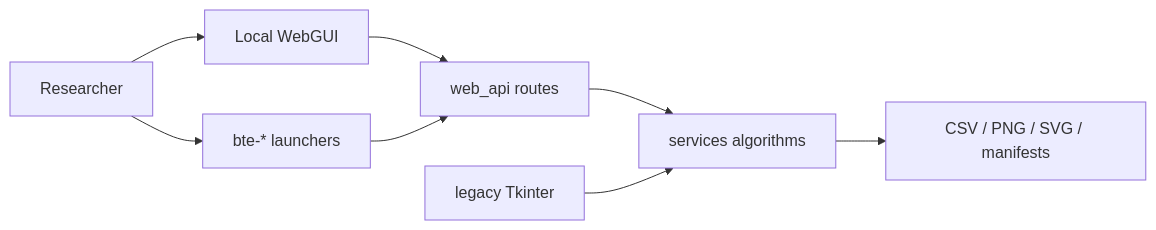
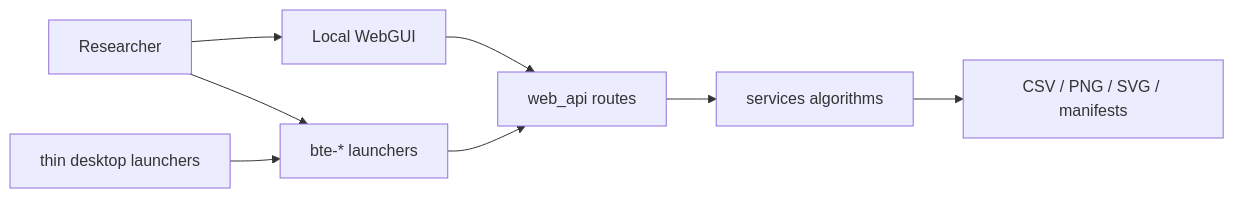
The diagram in README.md (guangqingy/bioelectronics_toolkit), drawn with Mermaid before and after one commit. The commit also changed other lines of this file and 96 other files, not shown here.

````diff
--- a/README.md
+++ b/README.md
@@ -35,10 +35,10 @@
 ```mermaid
 flowchart LR
     user[Researcher] --> web[Local WebGUI]
     user --> launcher[bte-* launchers]
     web --> api[web_api routes]
     launcher --> api
     api --> services[services algorithms]
     services --> outputs[CSV / PNG / SVG / manifests]
-    legacy[legacy Tkinter] --> services
+    desktop[thin desktop launchers] --> launcher
 ```
````
